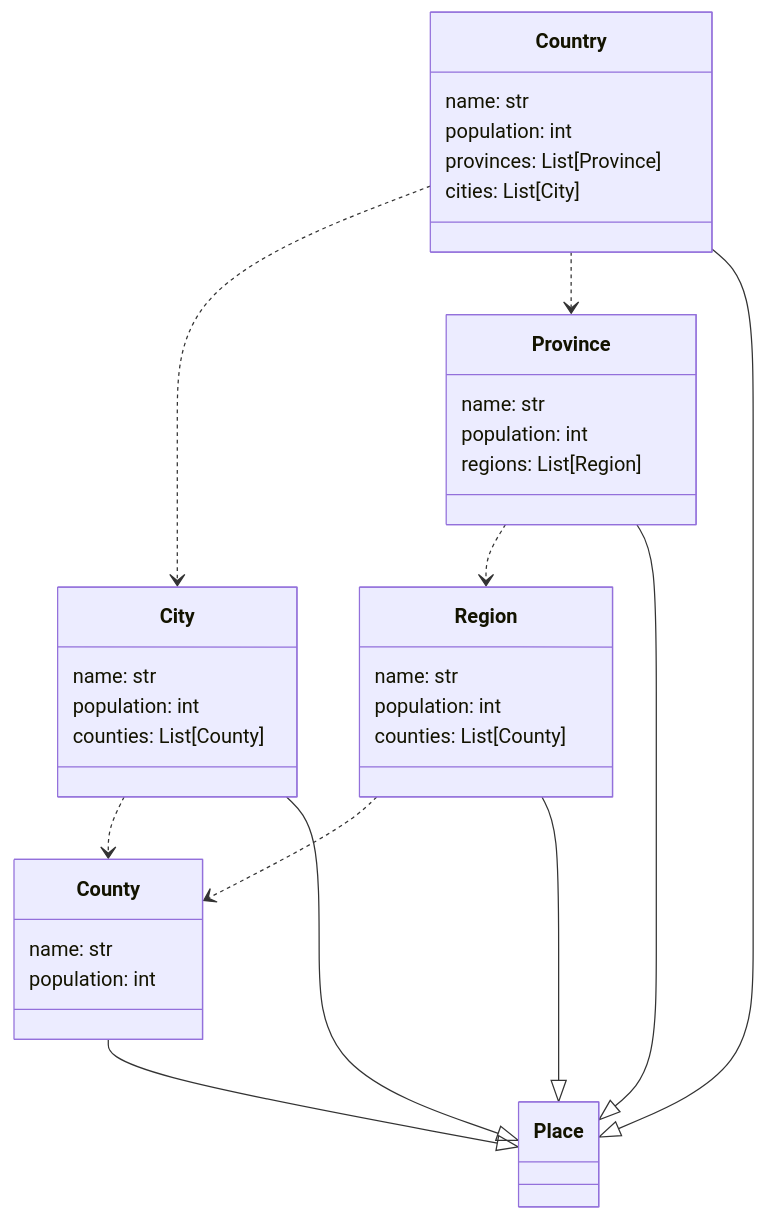
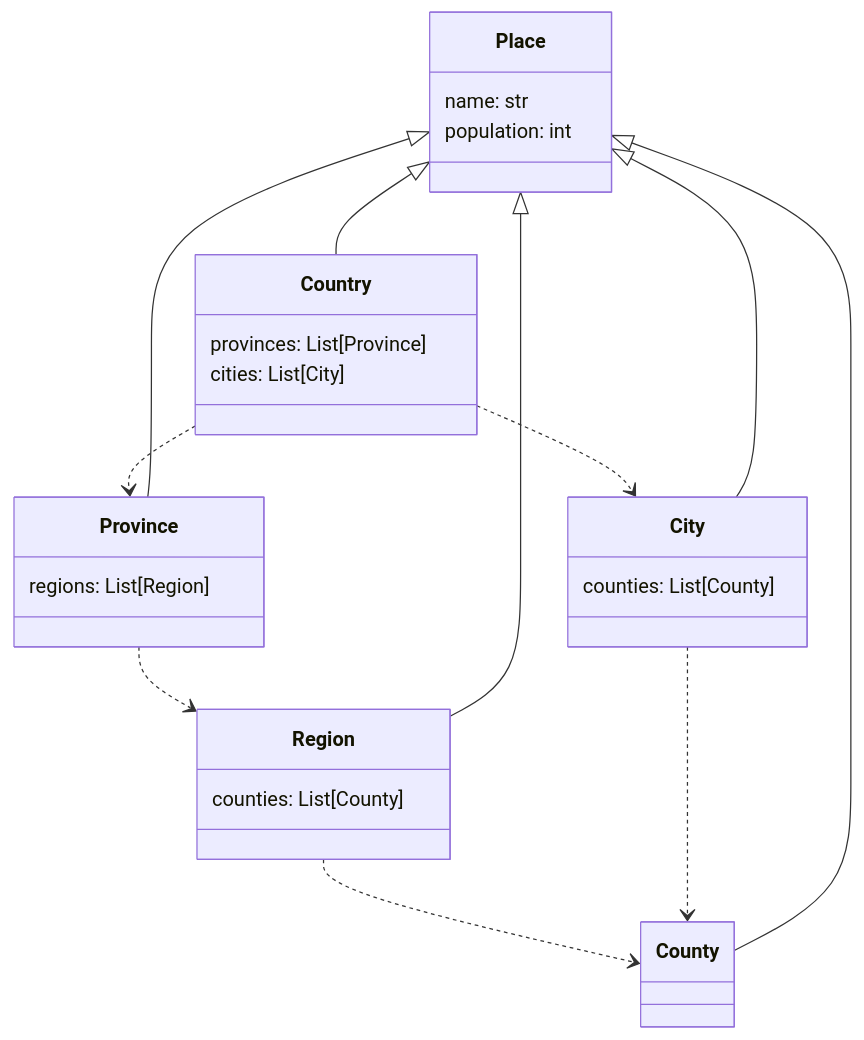
The second of 2 diagrams in README.md (EricWebsmith/pydantic_mermaid), drawn with Mermaid before and after one commit. The commit also changed 2 other files, not shown here.

````diff
--- a/README.md
+++ b/README.md
@@ -95,45 +95,40 @@
 ```mermaid
 classDiagram
-    class County {
+    class Place {
         name: str
         population: int
     }
 
+    class County {
+    }
+
     class Region {
-        name: str
-        population: int
         counties: List[County]
     }
 
     class Province {
-        name: str
-        population: int
         regions: List[Region]
     }
 
     class City {
-        name: str
-        population: int
         counties: List[County]
     }
 
     class Country {
-        name: str
-        population: int
         provinces: List[Province]
         cities: List[City]
     }
 
 
     Region ..> County
     Province ..> Region
     City ..> County
+    Country ..> Province
     Country ..> City
-    Country ..> Province
 
-    Region --|> Place
-    County --|> Place
-    City --|> Place
-    Country --|> Place
-    Province --|> Place
+    Place <|-- City
+    Place <|-- County
+    Place <|-- Country
+    Place <|-- Province
+    Place <|-- Region
 ```
````
